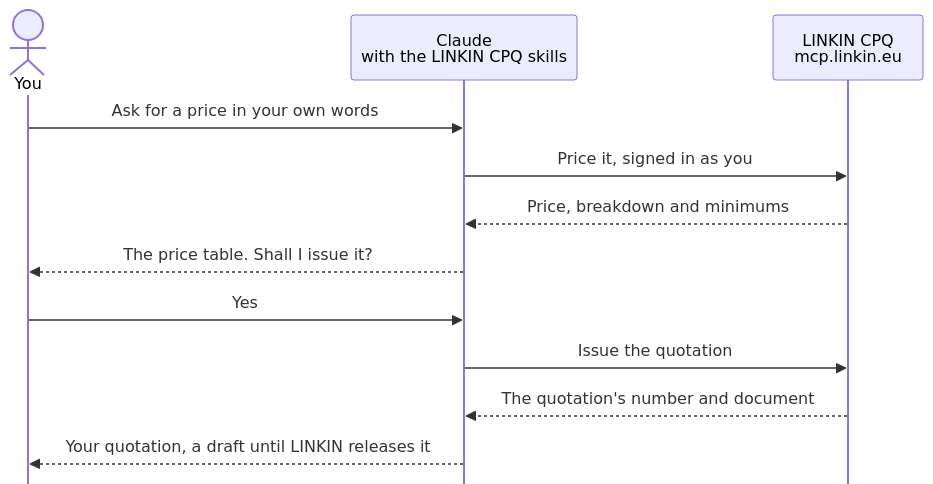
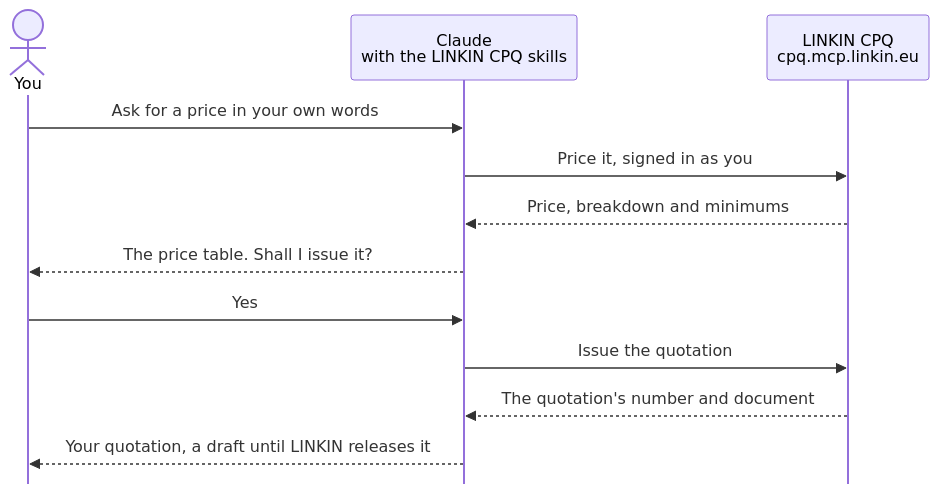
The diagram in README.md (linkin-eu/linkin-cpq-claude-plugin), drawn with Mermaid before and after one commit. The commit also changed other lines of this file and 23 other files, not shown here.

````diff
--- a/README.md
+++ b/README.md
@@ -199,15 +197,15 @@
 ```mermaid
 %%{init: {"sequence": {"mirrorActors": false}}}%%
 sequenceDiagram
     actor You
     participant Claude as Claude<br/>with the LINKIN CPQ skills
-    participant CPQ as LINKIN CPQ<br/>mcp.linkin.eu
+    participant CPQ as LINKIN CPQ<br/>cpq.mcp.linkin.eu
     You->>Claude: Ask for a price in your own words
     Claude->>CPQ: Price it, signed in as you
     CPQ-->>Claude: Price, breakdown and minimums
     Claude-->>You: The price table. Shall I issue it?
     You->>Claude: Yes
     Claude->>CPQ: Issue the quotation
     CPQ-->>Claude: The quotation's number and document
     Claude-->>You: Your quotation, a draft until LINKIN releases it
 ```
````
